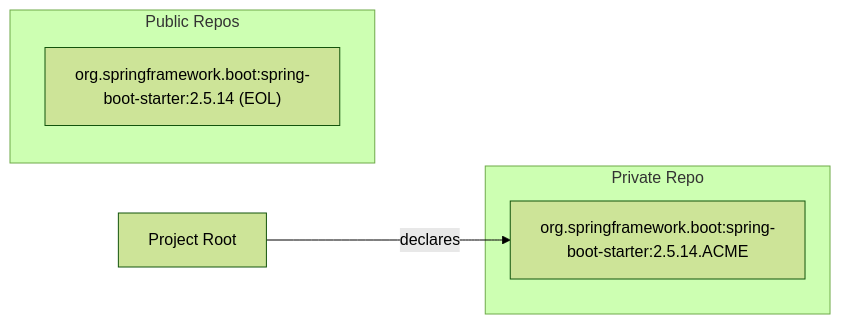
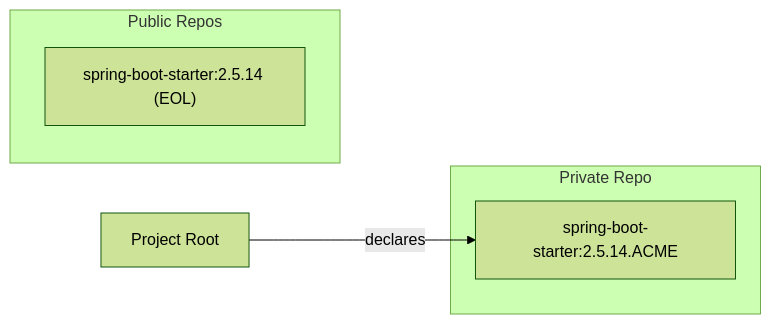
The diagram in demos/gradle-demo/scenario-17-private-patch/guide.qmd (JavaDependencyHell/fieldguide), drawn with Mermaid (forest theme) before and after one commit. The commit also changed other lines of this file and 208 other files, not shown here.

````diff
--- a/demos/gradle-demo/scenario-17-private-patch/guide.qmd
+++ b/demos/gradle-demo/scenario-17-private-patch/guide.qmd
@@ -20,12 +20,11 @@
 ```{mermaid}
 %%| fig-width: 4.4
 graph LR
     subgraph Public Repos
-        SpringBoot["org.springframework.boot:spring-boot-starter:2.5.14 (EOL)"]
+        SpringBoot["spring-boot-starter:2.5.14 (EOL)"]
     end
     subgraph Private Repo
-        PatchedStarter["org.springframework.boot:spring-boot-starter:2.5.14.ACME"]
+        PatchedStarter["spring-boot-starter:2.5.14.ACME"]
     end
     Root[Project Root] -- declares --> PatchedStarter
-
 ```
````
